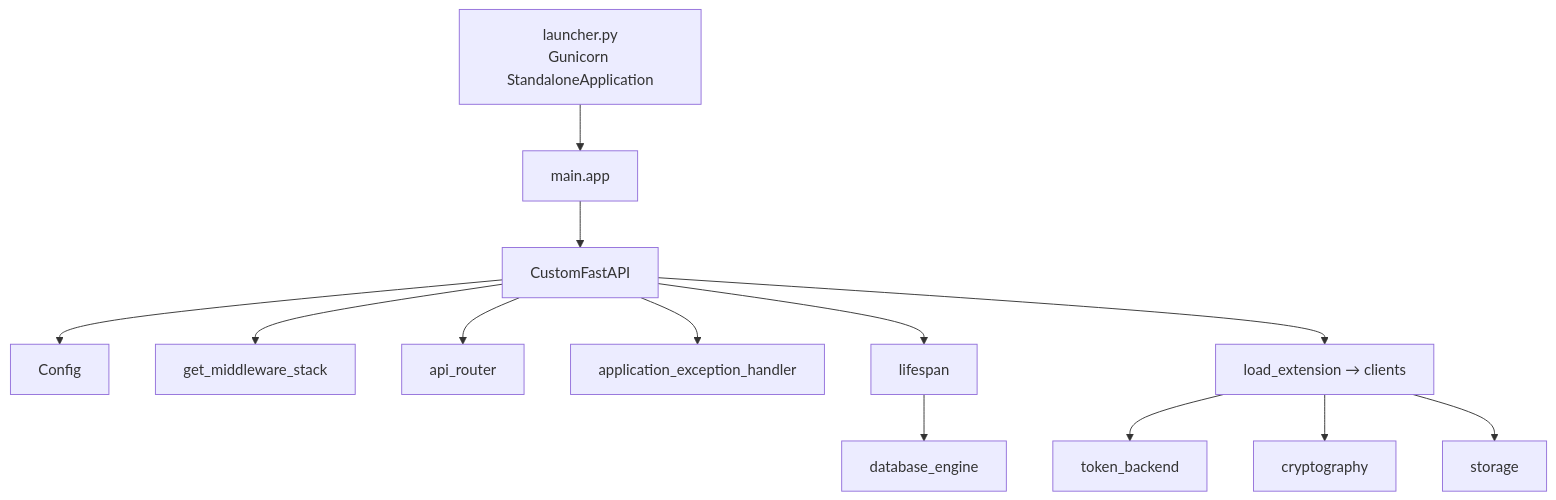
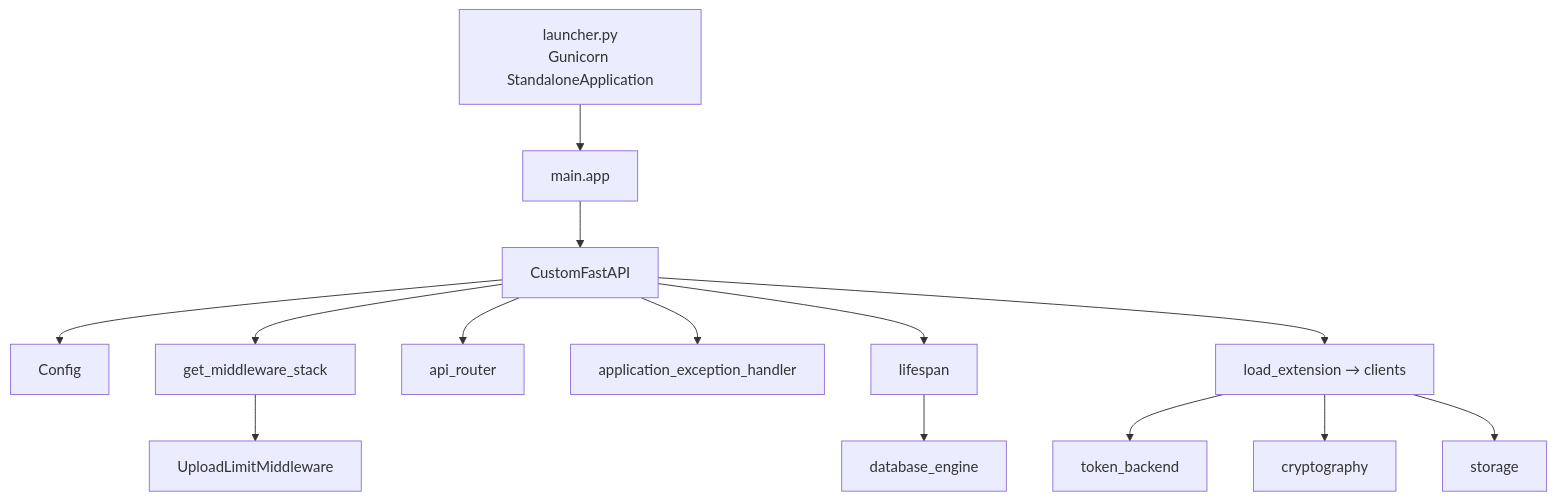
Before and after one commit to Tap2Cloud/backend-public: the first of 2 diagrams in docs/wiki/application-bootstrap.md, drawn with Mermaid. The commit also changed other lines of this file and 15 other files, not shown here.

````diff
--- a/docs/wiki/application-bootstrap.md
+++ b/docs/wiki/application-bootstrap.md
@@ -9,15 +9,16 @@
 ```mermaid
 graph TD
   Launcher[launcher.py<br/>Gunicorn StandaloneApplication] --> App[main.app]
   App --> CFA[CustomFastAPI]
   CFA --> Cfg[Config]
   CFA --> MW[get_middleware_stack]
+  MW --> ULM[UploadLimitMiddleware]
   CFA --> Router[api_router]
   CFA --> EH[application_exception_handler]
   CFA --> Life[lifespan]
   CFA --> Ext[load_extension → clients]
   Life --> Engine[database_engine]
   Ext --> TB[token_backend]
   Ext --> Crypto[cryptography]
   Ext --> Store[storage]
 ```
````
